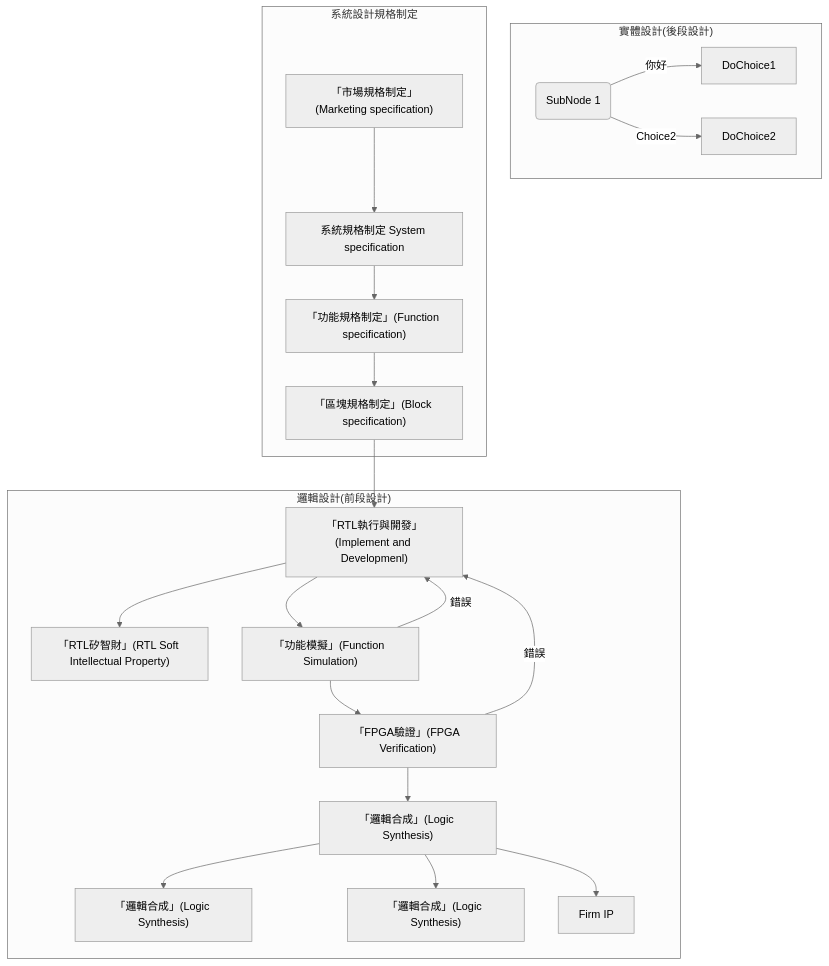
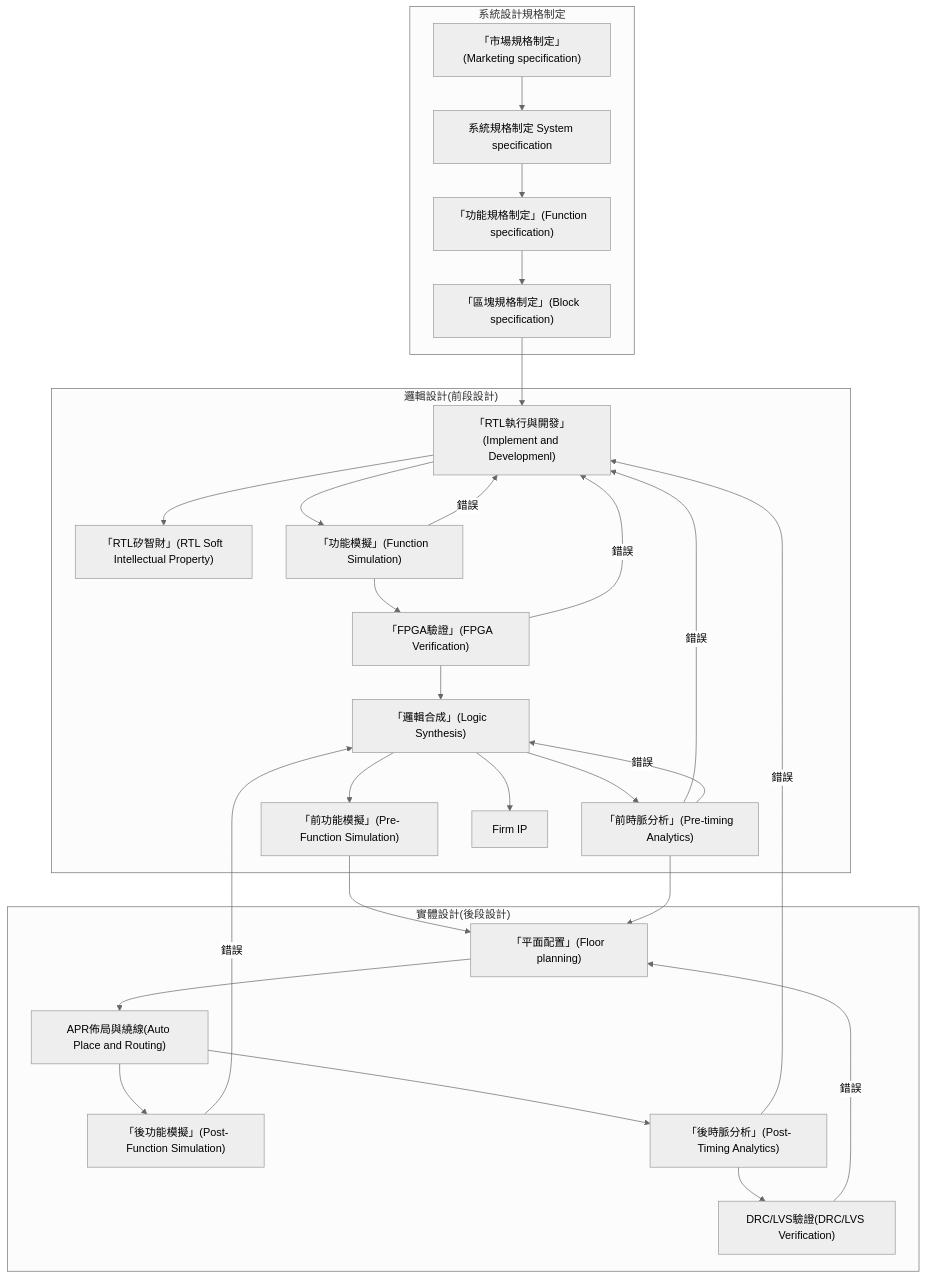
One commit to Multimedia-Processing/Digital-Logic-Design changed the diagram in docs/1-硬體描述語言/2-數位電路設計流程.md. Above: the diagram before and after it, drawn with Mermaid (neutral theme). The commit also changed other lines of this file and 12 other files, not shown here.

````diff
--- a/docs/1-硬體描述語言/2-數位電路設計流程.md
+++ b/docs/1-硬體描述語言/2-數位電路設計流程.md
@@ -8,28 +6,37 @@
 ```mermaid
 graph TD
 
   subgraph "系統設計規格制定"
   1["「市場規格制定」(Marketing specification)"] --> 2[系統規格制定 System specification]
   2 --> 3["「功能規格制定」(Function specification)"]
   3 --> 4["「區塊規格制定」(Block specification)"]
   end
 
   subgraph "邏輯設計(前段設計)"
   4 --> 5["「RTL執行與開發」(Implement and Developmenl)"]
   5 --> 6["「RTL矽智財」(RTL Soft Intellectual Property)"]
   5 --> 7["「功能模擬」(Function Simulation)"]
   7 -- 錯誤 --> 5
   7 --> 8["「FPGA驗證」(FPGA Verification)"]
   8 -- 錯誤 --> 5
   8 --> 9["「邏輯合成」(Logic Synthesis)"]
-  9 --> 10["「邏輯合成」(Logic Synthesis)"]
-  9 --> 11["「邏輯合成」(Logic Synthesis)"]
+  9 --> 10["「前功能模擬」(Pre-Function Simulation)"]
+  9 --> 11["「前時脈分析」(Pre-timing Analytics)"]
+  11 -- 錯誤 --> 5
+  11 -- 錯誤 --> 9
   9 --> 12["Firm IP"]
   end
 
   subgraph "實體設計(後段設計)"
-  SubGraph1Flow(SubNode 1)
-  SubGraph1Flow -- 你好 --> DoChoice1
-  SubGraph1Flow -- Choice2 --> DoChoice2
+  13["「平面配置」(Floor planning)"]
+  10 --> 13
+  11 --> 13
+  13 --> 14["APR佈局與繞線(Auto Place and Routing)"]
+  14 --> 15["「後功能模擬」(Post-Function Simulation)"]
+  14 --> 16["「後時脈分析」(Post-Timing Analytics)"]
+  15 -- 錯誤 --> 9
+  16 -- 錯誤 --> 5
+  16 --> 17["DRC/LVS驗證(DRC/LVS Verification)"]
+  17 -- 錯誤 --> 13
   end
 ```
````
